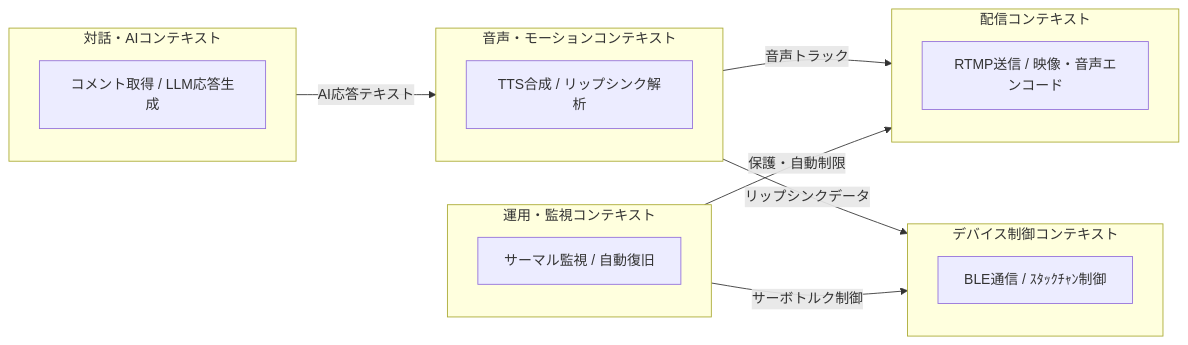
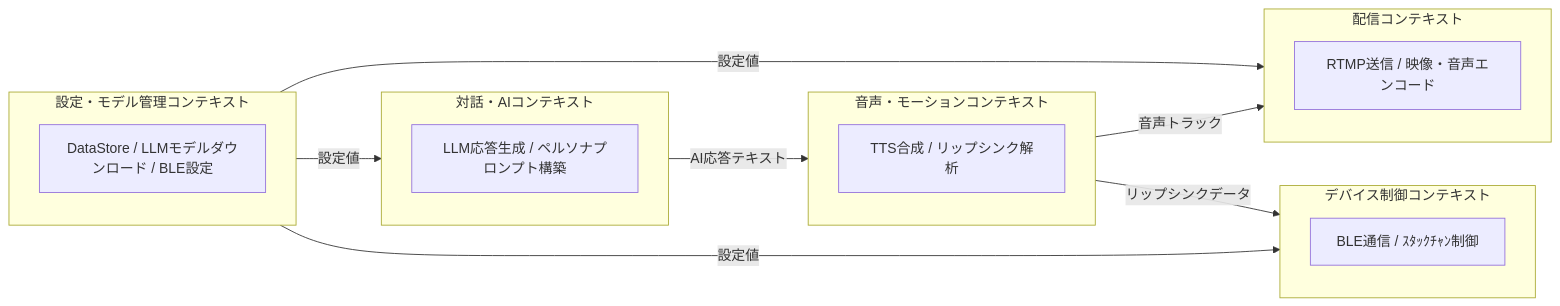
One commit to pandapan-cute/StackCast changed the second of 2 diagrams in android/docs/03_詳細設計/ドメイン駆動設計書.md. Above: the diagram before and after it, drawn with Mermaid. The commit also changed other lines of this file and 6 other files, not shown here.

````diff
--- a/android/docs/03_詳細設計/ドメイン駆動設計書.md
+++ b/android/docs/03_詳細設計/ドメイン駆動設計書.md
@@ -51,28 +57,29 @@
 ```mermaid
 flowchart LR
     subgraph StreamContext["配信コンテキスト"]
         SC["RTMP送信 / 映像・音声エンコード"]
     end
 
+    subgraph SettingsContext["設定・モデル管理コンテキスト"]
+      ST["DataStore / LLMモデルダウンロード / BLE設定"]
+    end
+
     subgraph ChatContext["対話・AIコンテキスト"]
-        CC["コメント取得 / LLM応答生成"]
+      CC["LLM応答生成 / ペルソナプロンプト構築"]
     end
 
     subgraph AudioMotionContext["音声・モーションコンテキスト"]
         AMC["TTS合成 / リップシンク解析"]
     end
 
     subgraph DeviceContext["デバイス制御コンテキスト"]
         DC["BLE通信 / ｽﾀｯｸﾁｬﾝ制御"]
     end
 
-    subgraph HealthContext["運用・監視コンテキスト"]
-        HC["サーマル監視 / 自動復旧"]
-    end
-
-    ChatContext -->|"AI応答テキスト"| AudioMotionContext
+     SettingsContext -->|"設定値"| StreamContext
+     SettingsContext -->|"設定値"| ChatContext
+     SettingsContext -->|"設定値"| DeviceContext
+     ChatContext -->|"AI応答テキスト"| AudioMotionContext
     AudioMotionContext -->|"音声トラック"| StreamContext
     AudioMotionContext -->|"リップシンクデータ"| DeviceContext
-    HealthContext -->|"保護・自動制限"| StreamContext
-    HealthContext -->|"サーボトルク制御"| DeviceContext
 ```
````
